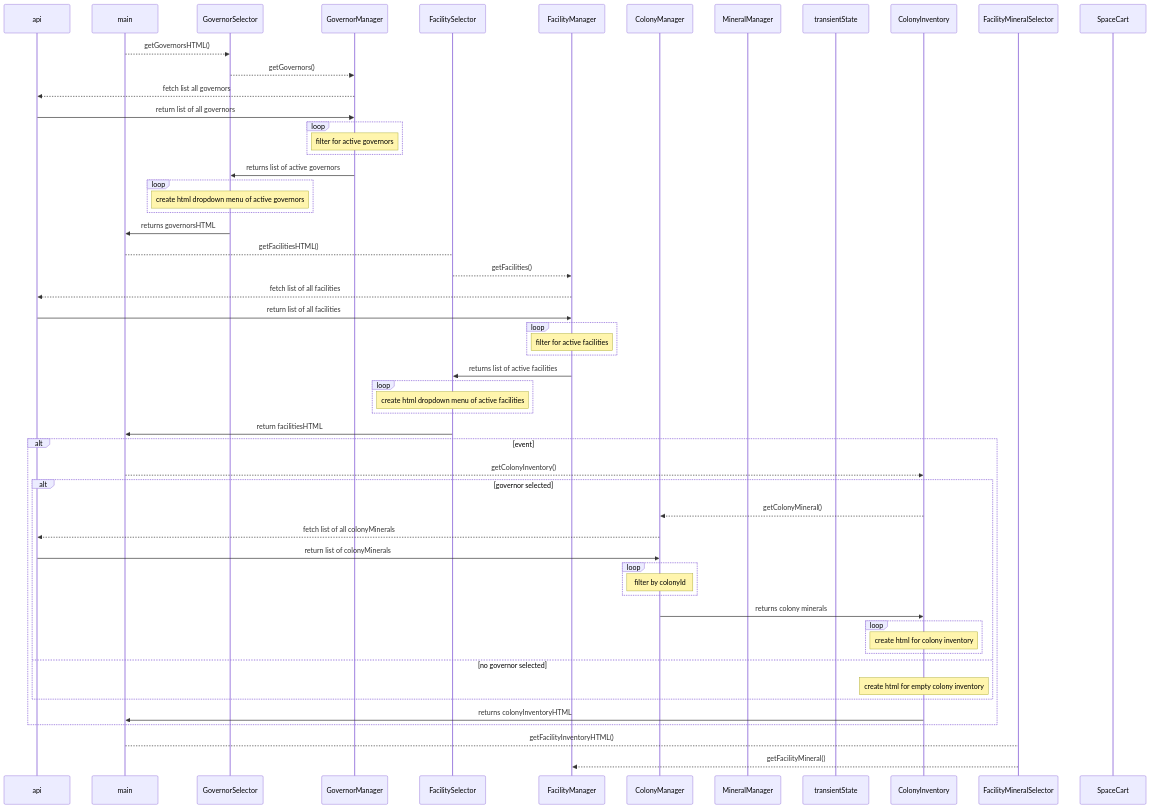
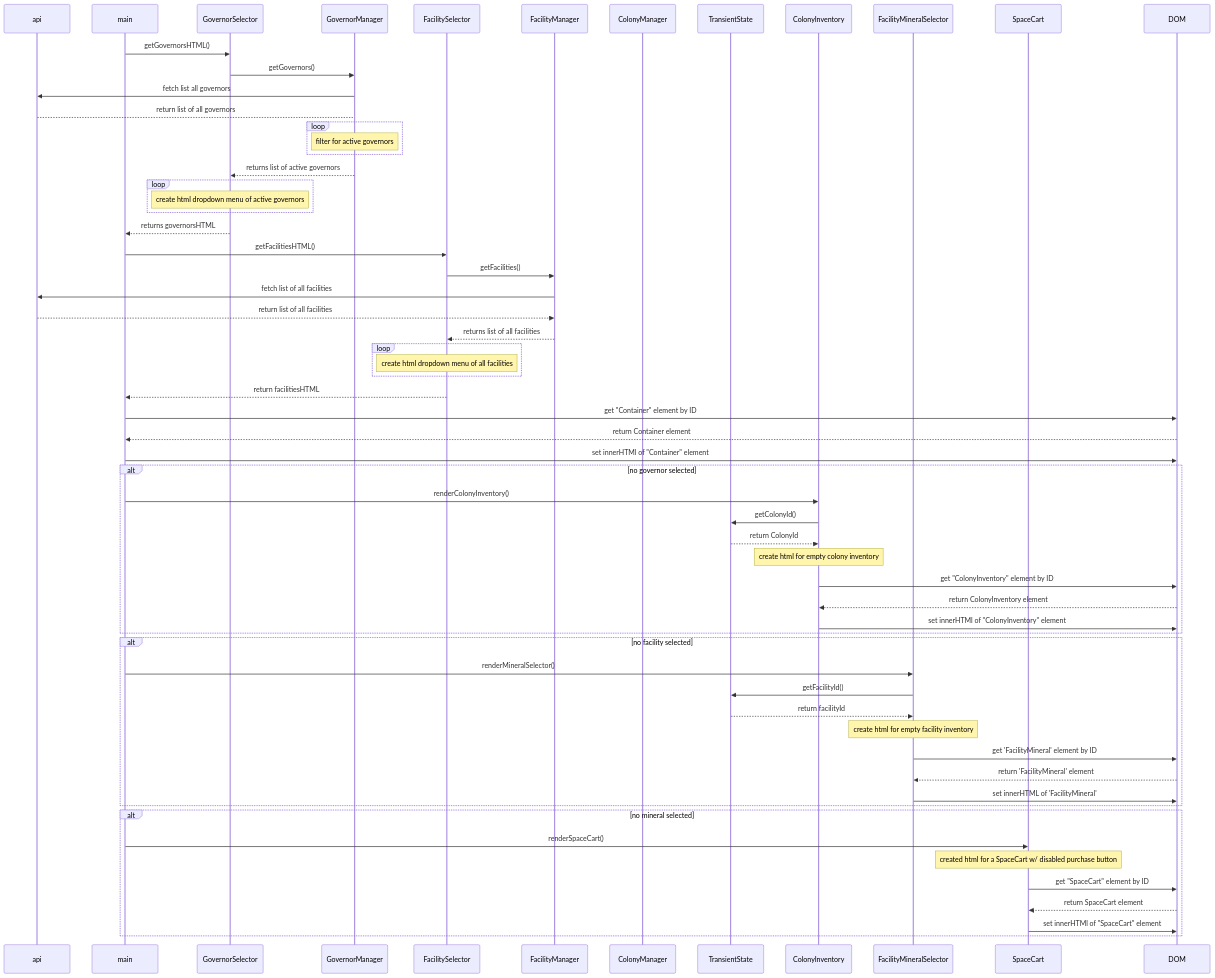
One commit to NSS-Day-Cohort-79/Exomine-client-pibikj changed the first of 5 diagrams in sequenceDiagram.md. Above: the diagram before and after it, drawn with Mermaid. The commit also changed other lines of this file and 3 other files, not shown here.

Commit message:
updated Notes updated dependencyGraph updated sequenceDiagram created wireframe

````diff
--- a/sequenceDiagram.md
+++ b/sequenceDiagram.md
@@ -1,70 +1,75 @@
 ```mermaid
 
 sequenceDiagram
 
 participant api
 
 participant main
 participant GovernorSelector
 participant GovernorManager
 participant FacilitySelector
 participant FacilityManager
 participant ColonyManager
-participant MineralManager
 
-participant transientState
+participant TransientState
 
 participant ColonyInventory
 
 participant FacilityMineralSelector
 participant SpaceCart
 
-main-->>GovernorSelector: getGovernorsHTML()
-GovernorSelector-->>GovernorManager: getGovernors()
-GovernorManager-->>api: fetch list all governors
-api->>GovernorManager: return list of all governors
+main->>GovernorSelector: getGovernorsHTML()
+GovernorSelector->>GovernorManager: getGovernors()
+GovernorManager->>api: fetch list all governors
+api-->GovernorManager: return list of all governors
 loop
 note over GovernorManager: filter for active governors
 end
-GovernorManager->>GovernorSelector: returns list of active governors
+GovernorManager-->>GovernorSelector: returns list of active governors
 loop
 note over GovernorSelector: create html dropdown menu of active governors
 end
-GovernorSelector->>main: returns governorsHTML
+GovernorSelector-->>main: returns governorsHTML
 
-main-->FacilitySelector: getFacilitiesHTML()
-FacilitySelector-->>FacilityManager: getFacilities()
-FacilityManager-->>api: fetch list of all facilities
-api->>FacilityManager: return list of all facilities
+main->>FacilitySelector: getFacilitiesHTML()
+FacilitySelector->>FacilityManager: getFacilities()
+FacilityManager->>api: fetch list of all facilities
+api-->>FacilityManager: return list of all facilities
+FacilityManager-->>FacilitySelector: returns list of all facilities
 loop
-note over FacilityManager: filter for active facilities
+note over FacilitySelector: create html dropdown menu of all facilities
 end
-FacilityManager->>FacilitySelector: returns list of active facilities
-loop
-note over FacilitySelector: create html dropdown menu of active facilities
-end
-FacilitySelector->>main: return facilitiesHTML
+FacilitySelector-->>main: return facilitiesHTML
 
-alt event
-main-->>ColonyInventory: getColonyInventory()
-alt governor selected
-    ColonyInventory-->>ColonyManager: getColonyMineral()
-    ColonyManager-->>api: fetch list of all colonyMinerals
-    api->>ColonyManager: return list of colonyMinerals
-    loop
-    note over ColonyManager: filter by colonyId
-    end
-    ColonyManager->>ColonyInventory: returns colony minerals
-    loop
-    note over ColonyInventory: create html for colony inventory
-    end
-else no governor selected
-    note over ColonyInventory: create html for empty colony inventory
-end
-ColonyInventory->>main: returns colonyInventoryHTML
+main->>DOM: get "Container" element by ID
+DOM-->>main: return Container element
+main->>DOM: set innerHTMl of "Container" element 
+
+alt no governor selected
+main->>ColonyInventory: renderColonyInventory()
+ColonyInventory->>TransientState: getColonyId()
+TransientState-->>ColonyInventory: return ColonyId
+note over ColonyInventory: create html for empty colony inventory
+ColonyInventory->>DOM: get "ColonyInventory" element by ID
+DOM-->>ColonyInventory: return ColonyInventory element
+ColonyInventory->>DOM: set innerHTMl of "ColonyInventory" element 
 end
 
-main-->FacilityMineralSelector: getFacilityInventoryHTML()
-FacilityMineralSelector-->>FacilityManager: getFacilityMineral()
+alt no facility selected
+main->>FacilityMineralSelector: renderMineralSelector()
+FacilityMineralSelector->>TransientState: getFacilityId()
+TransientState-->>FacilityMineralSelector: return facilityId
+note over FacilityMineralSelector: create html for empty facility inventory
+FacilityMineralSelector->>DOM: get 'FacilityMineral' element by ID
+DOM-->>FacilityMineralSelector: return 'FacilityMineral' element
+FacilityMineralSelector->>DOM: set innerHTML of 'FacilityMineral'
+end
 
+alt no mineral selected
+main->>SpaceCart: renderSpaceCart()
+note over SpaceCart: created html for a SpaceCart w/ disabled purchase button
+SpaceCart->>DOM: get "SpaceCart" element by ID
+DOM-->>SpaceCart: return SpaceCart element
+SpaceCart->>DOM: set innerHTMl of "SpaceCart" element 
+end
 ```
````
